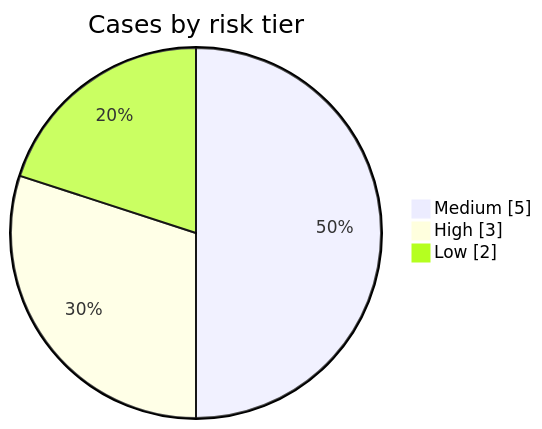
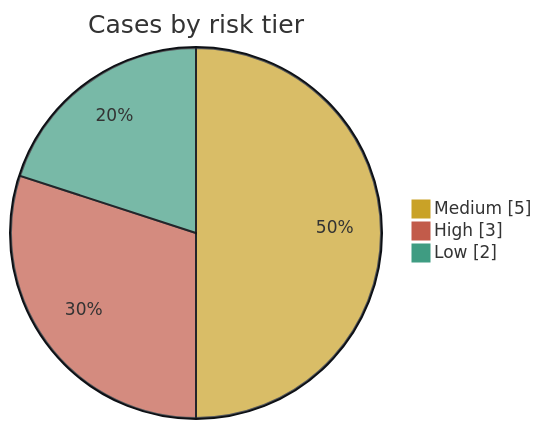
Before and after one commit to TJON-Star/Aldenbrook-Pay-KYB-KYC-Sanctions-Casework-Register: the third of 7 diagrams in README.md, drawn with Mermaid. The commit also changed other lines of this file, not shown here.

````diff
--- a/README.md
+++ b/README.md
@@ -59,6 +53,7 @@
 ```mermaid
+%%{init: {"theme": "base", "themeVariables": {"pie1": "#C9A227", "pie2": "#C25B4A", "pie3": "#3F9C82", "pieStrokeColor": "#0E1116", "pieOuterStrokeColor": "#0E1116"}}}%%
 pie showData title Cases by risk tier
     "Medium" : 5
     "High" : 3
     "Low" : 2
 ```
````
